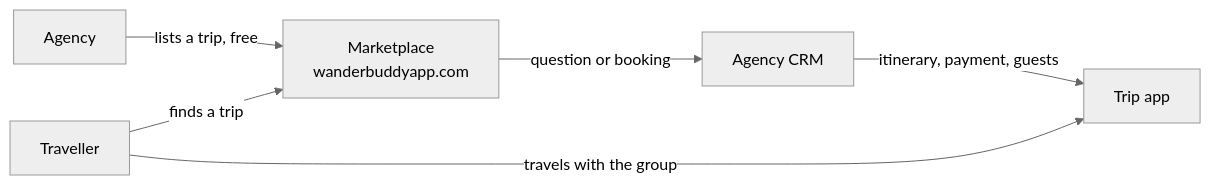
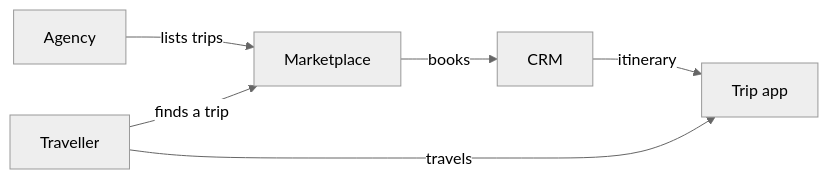
Before and after one commit to atharva3vedi/wanderbuddy-agency-kit: the diagram in how-it-works/README.md, drawn with Mermaid (neutral theme). The commit also changed 1 other file, not shown here.

Commit message:
Fit the diagram, drop links to files not in the kit

````diff
--- a/how-it-works/README.md
+++ b/how-it-works/README.md
@@ -5,8 +5,8 @@
 ```mermaid
 flowchart LR
-  A["Agency"] -- "lists a trip, free" --> M["Marketplace<br/>wanderbuddyapp.com"]
+  A["Agency"] -- "lists trips" --> M["Marketplace"]
   T["Traveller"] -- "finds a trip" --> M
-  M -- "question or booking" --> C["Agency CRM"]
-  C -- "itinerary, payment, guests" --> P["Trip app"]
-  T -- "travels with the group" --> P
+  M -- "books" --> C["CRM"]
+  C -- "itinerary" --> P["Trip app"]
+  T -- "travels" --> P
 ```
````
